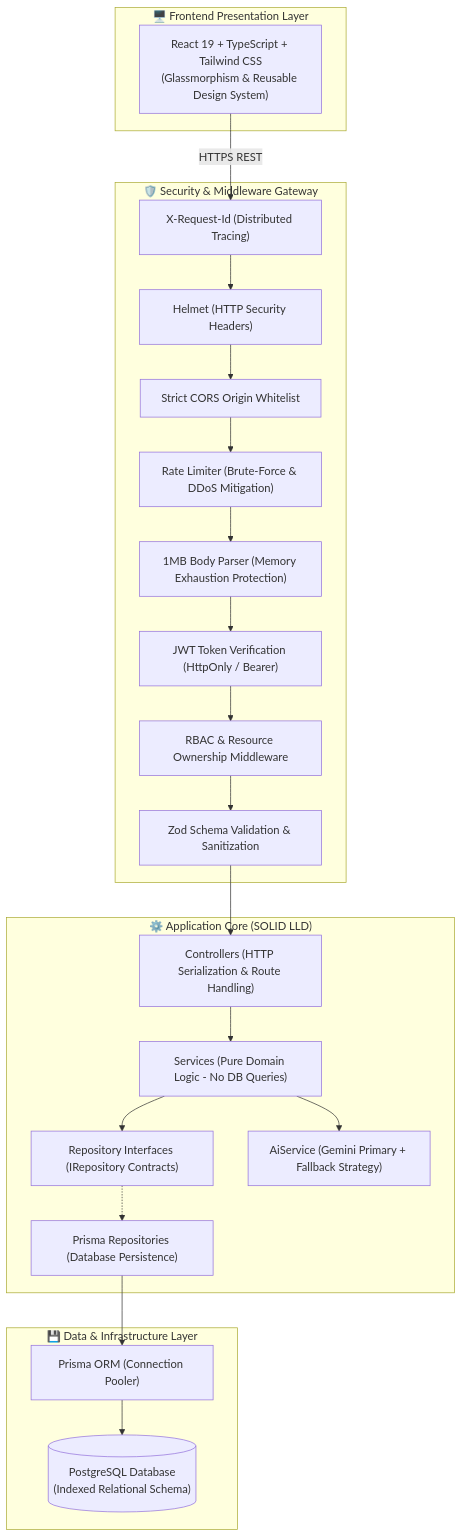
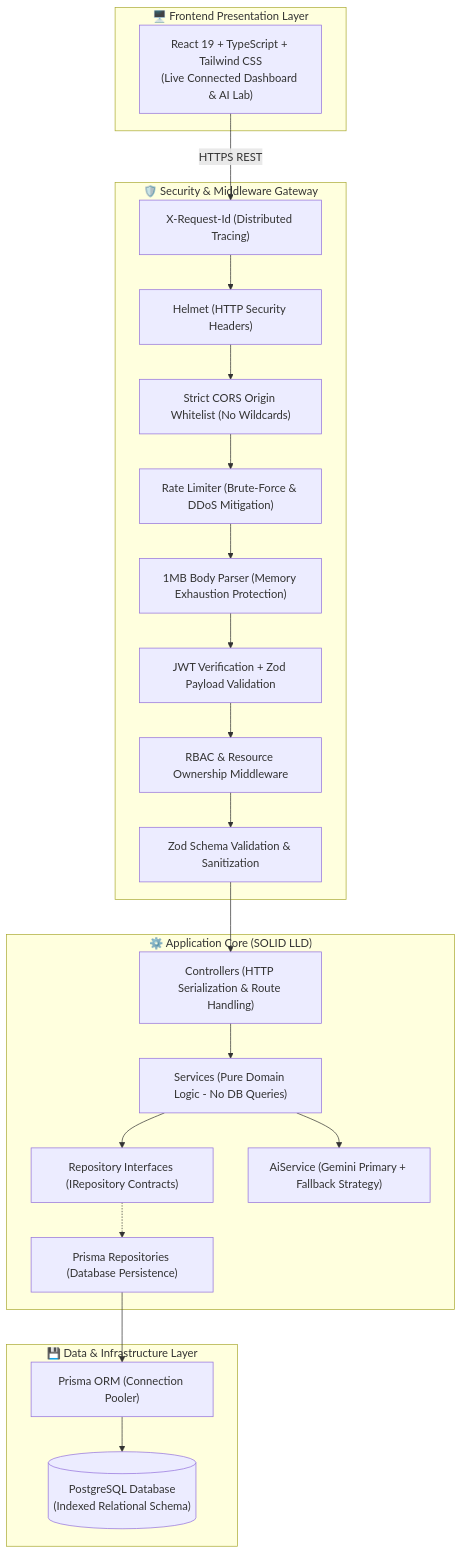
One commit to harshshivharedev/AayuCare changed the diagram in README.md. Above: the diagram before and after it, drawn with Mermaid. The commit also changed other lines of this file and 10 other files, not shown here.

Commit message:
fix(security): lock CORS, prevent token leakage, add runtime JWT validation, real AI endpoints, and 11 unit tests

````diff
--- a/README.md
+++ b/README.md
@@ -26,39 +34,39 @@
 ```mermaid
 flowchart TD
     subgraph ClientLayer["🖥️ Frontend Presentation Layer"]
-        Client["React 19 + TypeScript + Tailwind CSS\n(Glassmorphism & Reusable Design System)"]
+        Client["React 19 + TypeScript + Tailwind CSS\n(Live Connected Dashboard & AI Lab)"]
     end
 
     subgraph SecurityGateway["🛡️ Security & Middleware Gateway"]
         ReqId["X-Request-Id (Distributed Tracing)"]
         Helmet["Helmet (HTTP Security Headers)"]
-        CORS["Strict CORS Origin Whitelist"]
+        CORS["Strict CORS Origin Whitelist (No Wildcards)"]
         RateLimit["Rate Limiter (Brute-Force & DDoS Mitigation)"]
         BodyLimit["1MB Body Parser (Memory Exhaustion Protection)"]
-        AuthMiddleware["JWT Token Verification (HttpOnly / Bearer)"]
+        AuthMiddleware["JWT Verification + Zod Payload Validation"]
         RoleOwnership["RBAC & Resource Ownership Middleware"]
         ZodValidator["Zod Schema Validation & Sanitization"]
     end
 
     subgraph BackendCore["⚙️ Application Core (SOLID LLD)"]
         Controller["Controllers (HTTP Serialization & Route Handling)"]
         Service["Services (Pure Domain Logic - No DB Queries)"]
         RepoContract["Repository Interfaces (IRepository Contracts)"]
         PrismaRepo["Prisma Repositories (Database Persistence)"]
         AiEngine["AiService (Gemini Primary + Fallback Strategy)"]
     end
 
     subgraph PersistenceLayer["💾 Data & Infrastructure Layer"]
         PrismaClient["Prisma ORM (Connection Pooler)"]
         PostgresDB[("PostgreSQL Database\n(Indexed Relational Schema)")]
     end
 
     Client -->|HTTPS REST| ReqId
     ReqId --> Helmet --> CORS --> RateLimit --> BodyLimit --> AuthMiddleware --> RoleOwnership --> ZodValidator
     ZodValidator --> Controller
     Controller --> Service
     Service --> RepoContract
     Service --> AiEngine
     RepoContract -.-> PrismaRepo
     PrismaRepo --> PrismaClient --> PostgresDB
 ```
````
